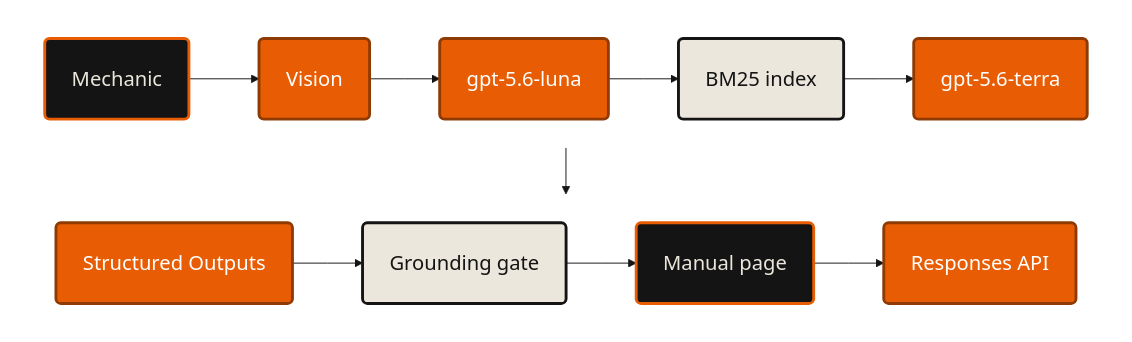
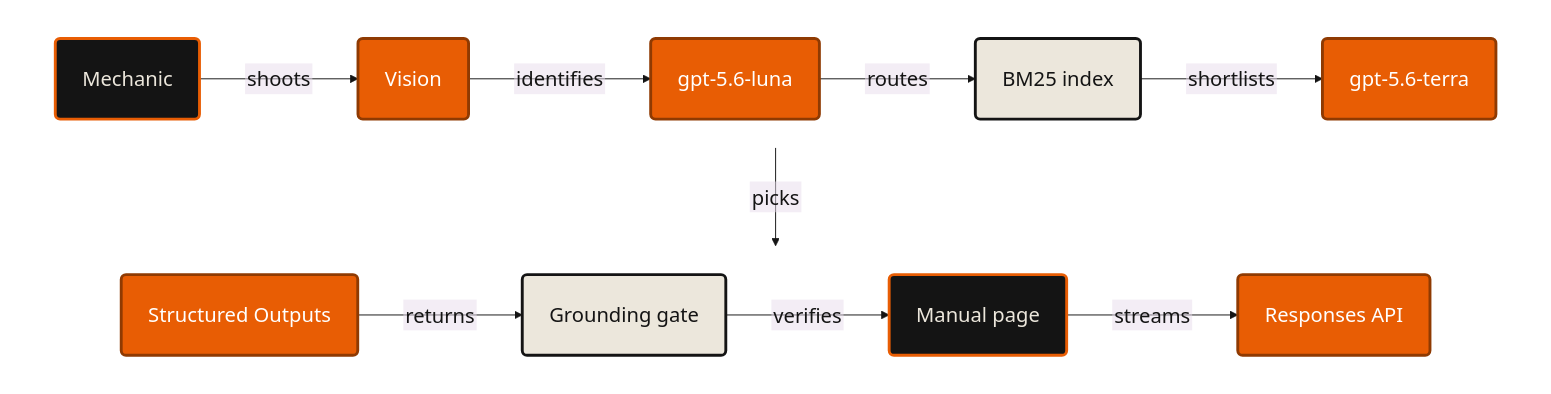
Before and after one commit to lxorb/mechanica: the diagram in docs/pitches/openai/architecture.mmd, drawn with Mermaid. The commit also changed 140 other files, not shown here.

```diff
--- a/docs/pitches/openai/architecture.mmd
+++ b/docs/pitches/openai/architecture.mmd
@@ -1,18 +1,18 @@
-%%{init: {"theme":"base","htmlLabels":false,"themeVariables":{"fontSize":"21px","fontFamily":"Barlow","lineColor":"#141414","primaryColor":"#ece7dc","primaryTextColor":"#141414","primaryBorderColor":"#141414","background":"#ffffff"},"flowchart":{"curve":"linear","htmlLabels":false,"nodeSpacing":40,"rankSpacing":48,"padding":28,"useMaxWidth":false}}}%%
+%%{init: {"theme":"base","htmlLabels":false,"themeVariables":{"fontSize":"21px","fontFamily":"Barlow","lineColor":"#141414","primaryColor":"#ece7dc","primaryTextColor":"#141414","primaryBorderColor":"#141414","background":"#ffffff"},"flowchart":{"curve":"linear","htmlLabels":false,"nodeSpacing":40,"rankSpacing":70,"padding":28,"useMaxWidth":false}}}%%
 flowchart TB
   subgraph R1[" "]
     direction LR
-    MECH("Mechanic"):::ends --> VIS("Vision"):::them --> LUNA("gpt-5.6-luna"):::them --> BM("BM25 index"):::ours --> TERRA("gpt-5.6-terra"):::them
+    MECH("Mechanic"):::ends -- "shoots" --> VIS("Vision"):::them -- "identifies" --> LUNA("gpt-5.6-luna"):::them -- "routes" --> BM("BM25 index"):::ours -- "shortlists" --> TERRA("gpt-5.6-terra"):::them
   end
   subgraph R2[" "]
     direction LR
-    SO("Structured Outputs"):::them --> GATE("Grounding gate"):::ours --> PAGE("Manual page"):::ends --> RESP("Responses API"):::them
+    SO("Structured Outputs"):::them -- "returns" --> GATE("Grounding gate"):::ours -- "verifies" --> PAGE("Manual page"):::ends -- "streams" --> RESP("Responses API"):::them
   end
 
-  R1 --> R2
+  R1 -- "picks" --> R2
 
   classDef ends fill:#141414,stroke:#e85d04,stroke-width:3px,color:#ece7dc
   classDef ours fill:#ece7dc,stroke:#141414,stroke-width:3px,color:#141414
   classDef them fill:#e85d04,stroke:#8f3a02,stroke-width:3px,color:#ffffff
   style R1 fill:none,stroke:none
   style R2 fill:none,stroke:none
```
